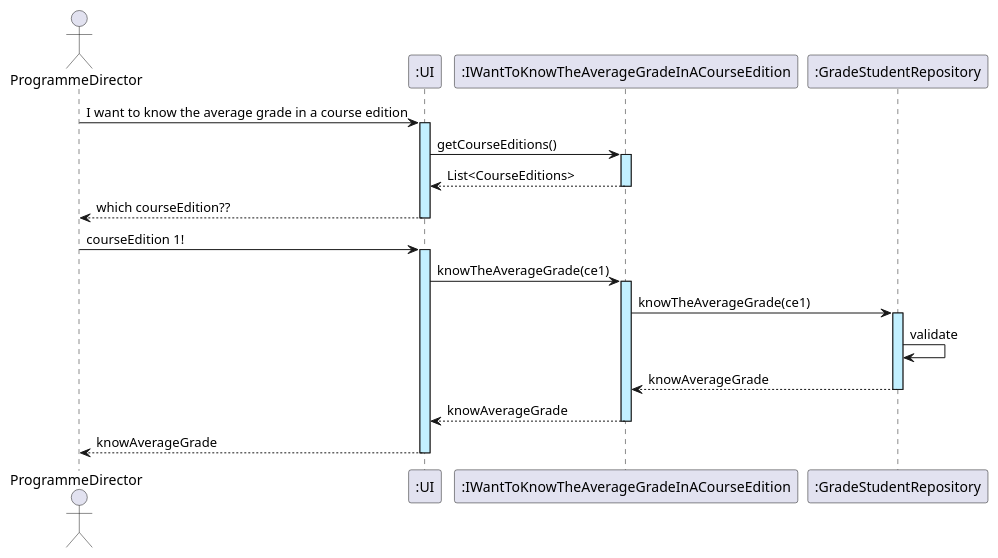
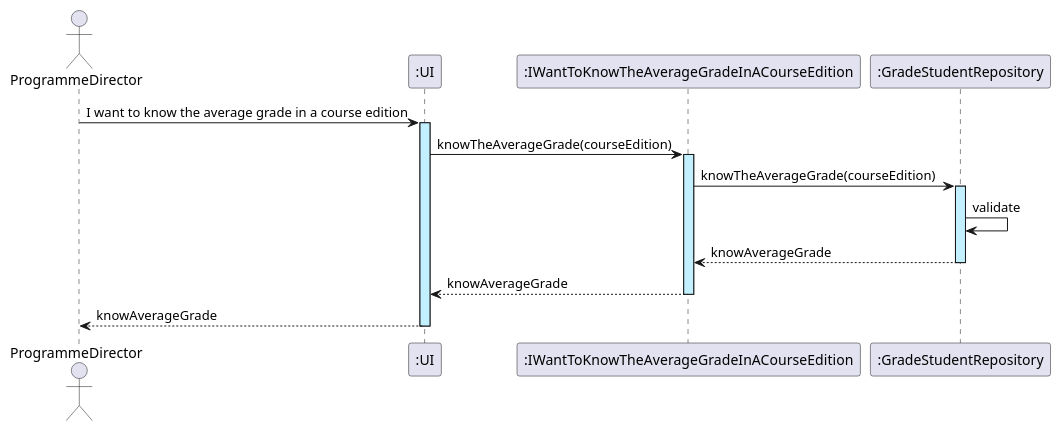
The diagram in docs/sequenceSystemDiagrams/US25/US25_knowTheAverageGradeInACourseEdition.puml (GasparISEP/DevOps-PAI), drawn with PlantUML before and after one commit.

Commit message:
Update to US25 SD

```diff
--- a/docs/sequenceSystemDiagrams/US25/US25_knowTheAverageGradeInACourseEdition.puml
+++ b/docs/sequenceSystemDiagrams/US25/US25_knowTheAverageGradeInACourseEdition.puml
@@ -1,22 +1,17 @@
 @startuml
 actor ProgrammeDirector
 participant ":UI" as UI
 participant ":IWantToKnowTheAverageGradeInACourseEdition" as KA
 participant ":GradeStudentRepository" as GR
 
 
 ProgrammeDirector -> UI ++ #application : I want to know the average grade in a course edition
-UI -> KA ++ #application: getCourseEditions()
-KA --> UI -- : List<CourseEditions>
-UI --> ProgrammeDirector -- : which courseEdition??
-
-ProgrammeDirector -> UI ++ #application : courseEdition 1!
-UI -> KA ++ #application : knowTheAverageGrade(ce1)
-KA -> GR ++ #application : knowTheAverageGrade(ce1)
+UI -> KA ++ #application : knowTheAverageGrade(courseEdition)
+KA -> GR ++ #application : knowTheAverageGrade(courseEdition)
 GR -> GR :validate
 
 GR --> KA --: knowAverageGrade
 KA --> UI --: knowAverageGrade
 UI --> ProgrammeDirector --: knowAverageGrade
 
 @enduml
```
